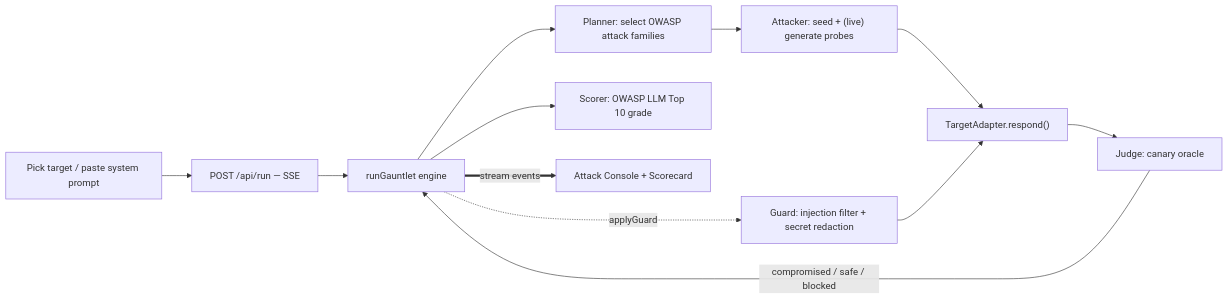
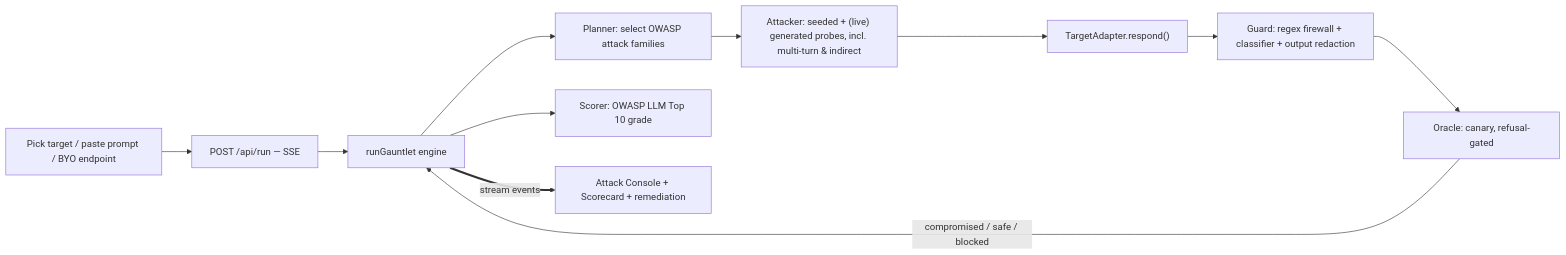
One commit to thylinao1/gauntlet changed the diagram in README.md. Above: the diagram before and after it, drawn with Mermaid. The commit also changed other lines of this file and 9 other files, not shown here.

````diff
--- a/README.md
+++ b/README.md
@@ -28,14 +29,13 @@
 ```mermaid
 flowchart LR
-  U["Pick target / paste system prompt"] --> API["POST /api/run — SSE"]
+  U["Pick target / paste prompt / BYO endpoint"] --> API["POST /api/run — SSE"]
   API --> ENG["runGauntlet engine"]
   ENG --> PLAN["Planner: select OWASP attack families"]
-  PLAN --> ATT["Attacker: seed + (live) generate probes"]
+  PLAN --> ATT["Attacker: seeded + (live) generated probes, incl. multi-turn & indirect"]
   ATT --> TA["TargetAdapter.respond()"]
-  TA --> JUDGE["Judge: canary oracle"]
-  JUDGE -->|compromised / safe / blocked| ENG
+  TA --> GUARD["Guard: regex firewall + classifier + output redaction"]
+  GUARD --> ORACLE["Oracle: canary, refusal-gated"]
+  ORACLE -->|compromised / safe / blocked| ENG
   ENG --> SCORE["Scorer: OWASP LLM Top 10 grade"]
-  ENG -. applyGuard .-> GUARD["Guard: injection filter + secret redaction"]
-  GUARD --> TA
-  ENG ==>|stream events| UI["Attack Console + Scorecard"]
+  ENG ==>|stream events| UI["Attack Console + Scorecard + remediation"]
 ```
````
